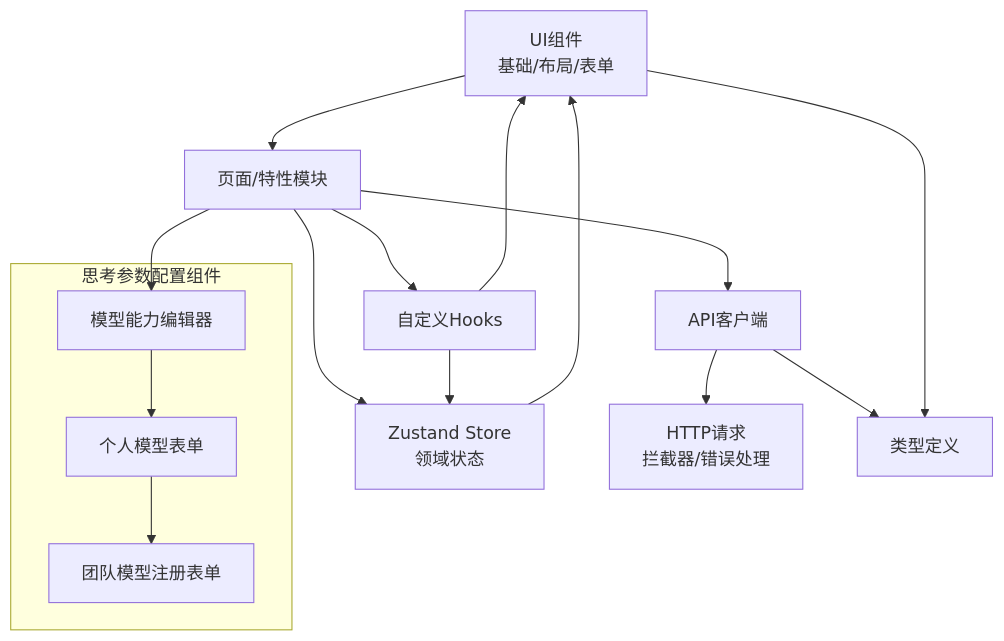
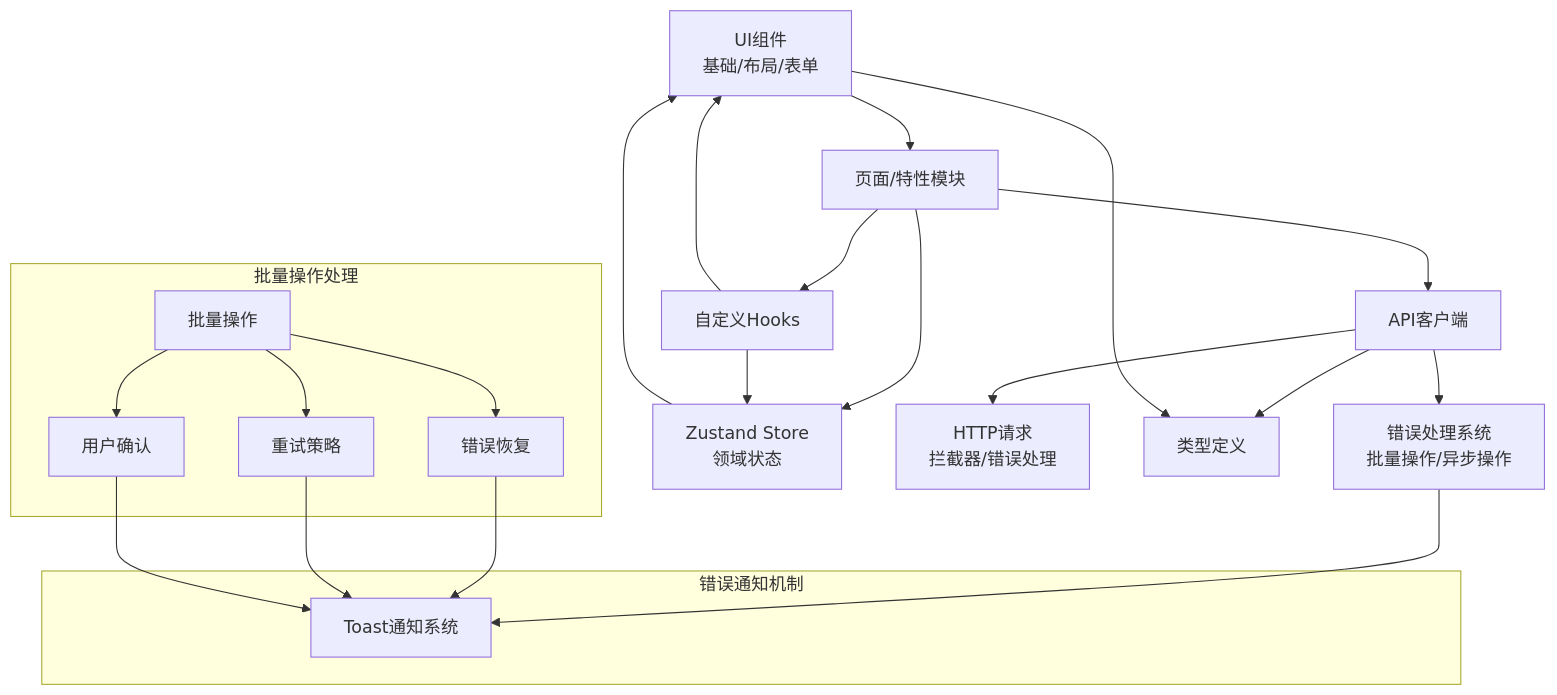
The second of 11 diagrams in .qoder/repowiki/zh/content/前端应用架构/前端应用架构.md (tianyehedashu/ai-agent), drawn with Mermaid before and after one commit. The commit also changed other lines of this file and 46 other files, not shown here.

````diff
--- a/.qoder/repowiki/zh/content/前端应用架构/前端应用架构.md
+++ b/.qoder/repowiki/zh/content/前端应用架构/前端应用架构.md
@@ -163,18 +191,25 @@
 ```mermaid
 graph TB
 UI["UI组件<br/>基础/布局/表单"] --> Page["页面/特性模块"]
 Page --> Store["Zustand Store<br/>领域状态"]
 Page --> Hook["自定义Hooks"]
 Page --> API["API客户端"]
 API --> HTTP["HTTP请求<br/>拦截器/错误处理"]
+API --> ErrorHandler["错误处理系统<br/>批量操作/异步操作"]
+ErrorHandler --> Toast["Toast通知系统"]
 Store --> UI
 Hook --> UI
 Hook --> Store
 API --> Types["类型定义"]
 UI --> Types
-subgraph "思考参数配置组件"
-ModelEditor["模型能力编辑器"] --> PersonalForm["个人模型表单"]
-PersonalForm --> TeamRegister["团队模型注册表单"]
+subgraph "批量操作处理"
+BatchOps["批量操作"] --> ErrorRecovery["错误恢复"]
+BatchOps --> RetryStrategy["重试策略"]
+BatchOps --> UserConfirmation["用户确认"]
 end
-Page --> ModelEditor
+subgraph "错误通知机制"
+ErrorRecovery --> Toast
+RetryStrategy --> Toast
+UserConfirmation --> Toast
+end
 ```
````
